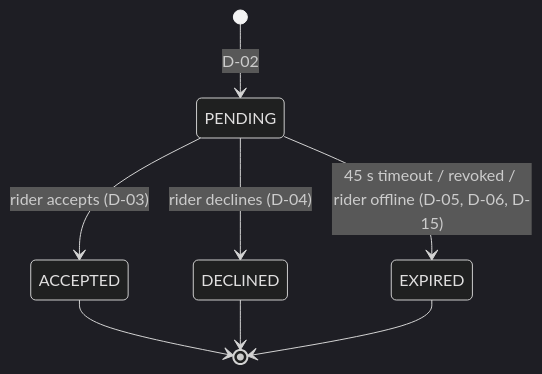
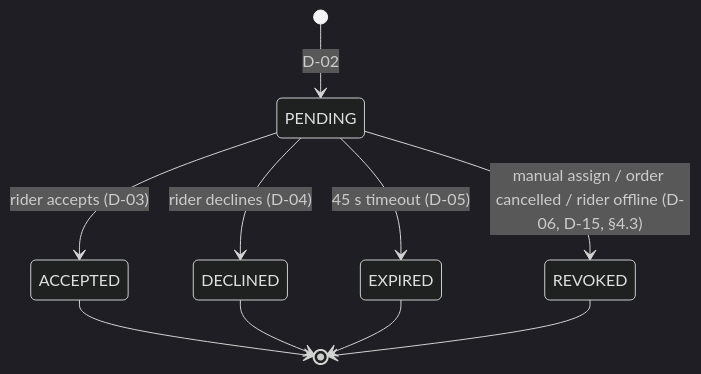
One commit to storetmobiles2-code/rovo changed the fourth of 5 diagrams in docs/planning/13-order-state-machine.md. Above: the diagram before and after it, drawn with Mermaid (dark theme). The commit also changed other lines of this file and 10 other files, not shown here.

````diff
--- a/docs/planning/13-order-state-machine.md
+++ b/docs/planning/13-order-state-machine.md
@@ -231,10 +248,12 @@
 ```mermaid
 stateDiagram-v2
     [*] --> PENDING : D-02
     PENDING --> ACCEPTED : rider accepts (D-03)
     PENDING --> DECLINED : rider declines (D-04)
-    PENDING --> EXPIRED : 45 s timeout / revoked / rider offline (D-05, D-06, D-15)
+    PENDING --> EXPIRED : 45 s timeout (D-05)
+    PENDING --> REVOKED : manual assign / order cancelled / rider offline (D-06, D-15, §4.3)
     ACCEPTED --> [*]
     DECLINED --> [*]
     EXPIRED --> [*]
+    REVOKED --> [*]
 ```
````
